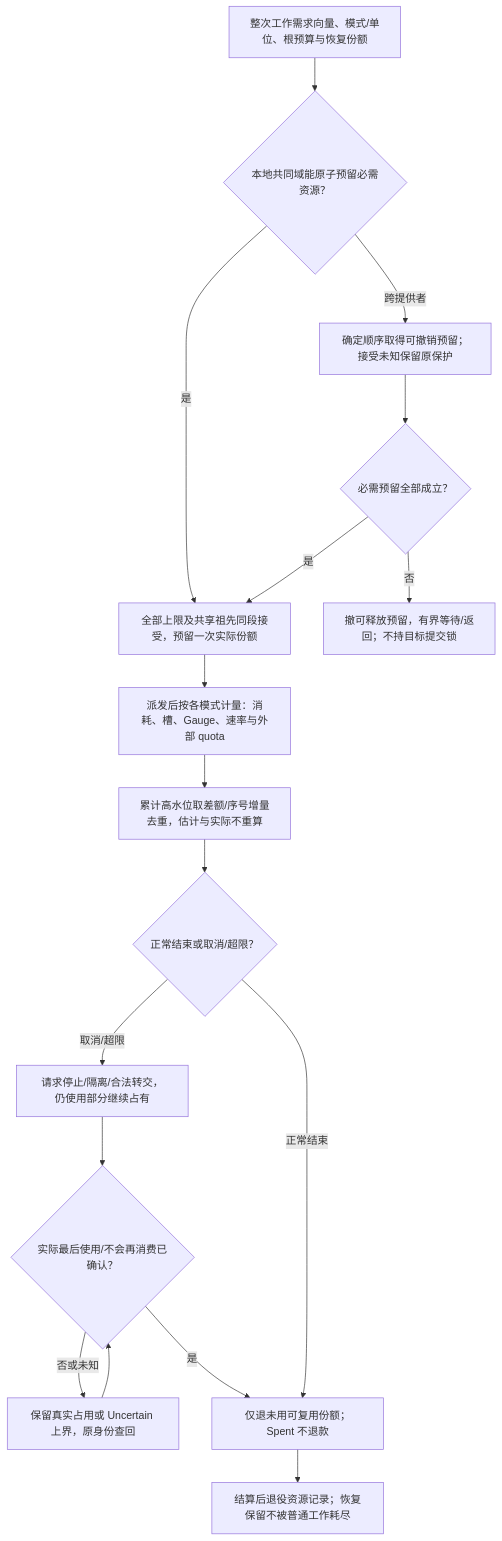
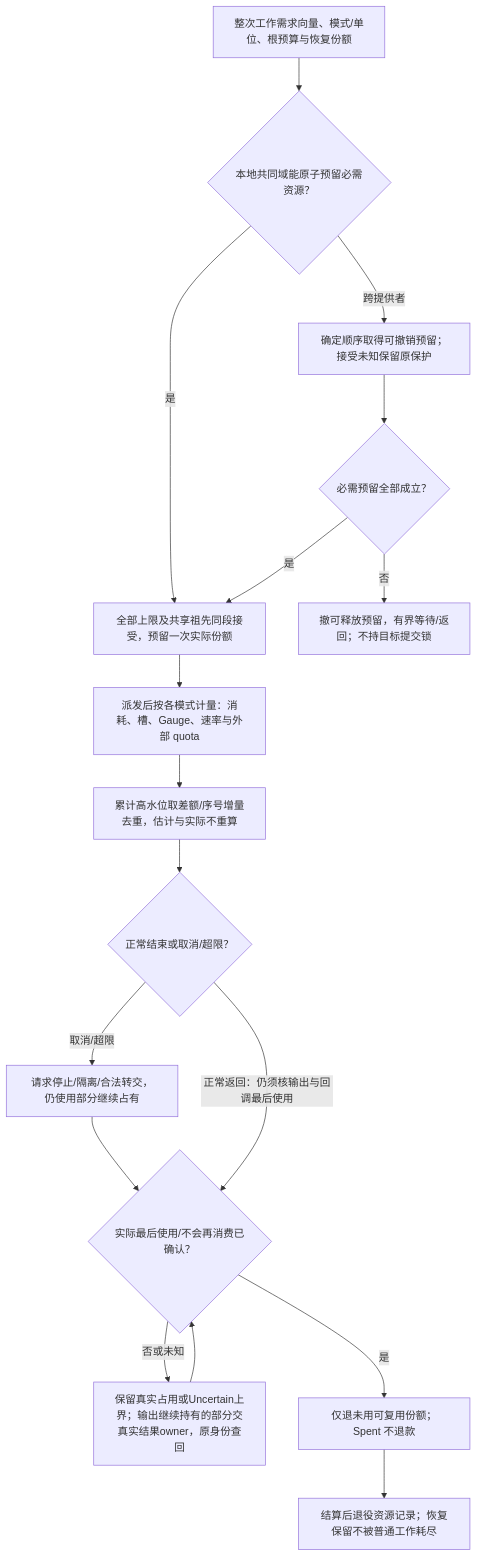
One commit to sec-platform/sec changed the ninth of 12 diagrams in docs/运行/权限与资源管理.md. Above: the diagram before and after it, drawn with Mermaid. The commit also changed other lines of this file and 122 other files, not shown here.

First line of the commit message:
docs: unify system diagrams and remove redundant design text (#882)

````diff
--- a/docs/运行/权限与资源管理.md
+++ b/docs/运行/权限与资源管理.md
@@ -811,19 +795,19 @@
 ```mermaid
 flowchart TB
   demand["整次工作需求向量、模式/单位、根预算与恢复份额"] --> capacity{"本地共同域能原子预留必需资源？"}
   capacity -->|是| reserve["全部上限及共享祖先同段接受，预留一次实际份额"]
   capacity -->|跨提供者| ordered["确定顺序取得可撤销预留；接受未知保留原保护"]
   ordered --> complete{"必需预留全部成立？"}
   complete -->|否| withdraw["撤可释放预留，有界等待/返回；不持目标提交锁"]
   complete -->|是| reserve
   reserve --> execute["派发后按各模式计量：消耗、槽、Gauge、速率与外部 quota"]
   execute --> observe["累计高水位取差额/序号增量去重，估计与实际不重算"]
   observe --> stop{"正常结束或取消/超限？"}
   stop -->|取消/超限| termination["请求停止/隔离/合法转交，仍使用部分继续占有"]
   termination --> settled{"实际最后使用/不会再消费已确认？"}
-  settled -->|否或未知| uncertain["保留真实占用或 Uncertain 上界，原身份查回"]
+  settled -->|否或未知| uncertain["保留真实占用或Uncertain上界；输出继续持有的部分交真实结果owner，原身份查回"]
   settled -->|是| release["仅退未用可复用份额；Spent 不退款"]
-  stop -->|正常结束| release
+  stop -->|正常返回：仍须核输出与回调最后使用| settled
   release --> retire["结算后退役资源记录；恢复保留不被普通工作耗尽"]
   uncertain --> settled
 ```
````
